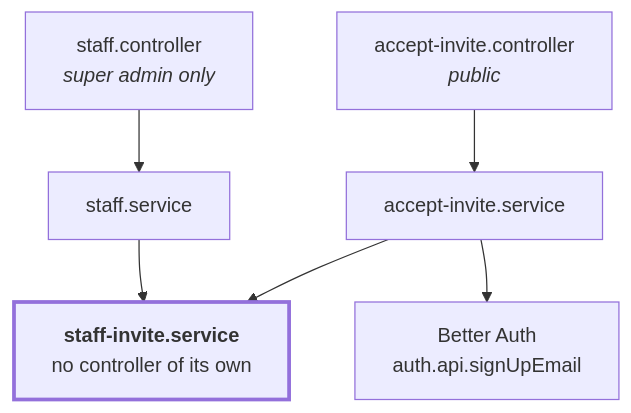
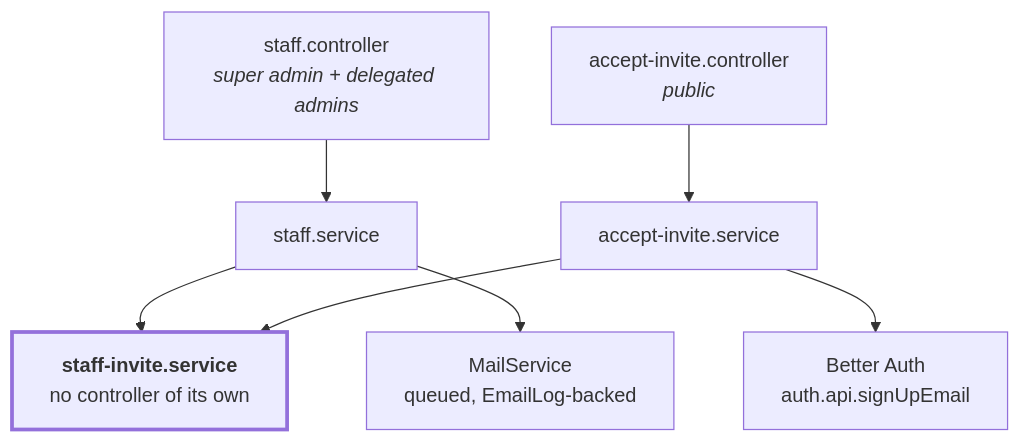
One commit to chuba-cn/koru changed the first of 11 diagrams in docs/architecture/staff-invitations.md. Above: the diagram before and after it, drawn with Mermaid. The commit also changed other lines of this file and 19 other files, not shown here.

````diff
--- a/docs/architecture/staff-invitations.md
+++ b/docs/architecture/staff-invitations.md
@@ -23,17 +25,19 @@
 ```mermaid
 graph TB
-    SC["staff.controller<br/><i>super admin only</i>"]
+    SC["staff.controller<br/><i>super admin + delegated admins</i>"]
     AC["accept-invite.controller<br/><i>public</i>"]
     SS["staff.service"]
     AS["accept-invite.service"]
     IS["<b>staff-invite.service</b><br/>no controller of its own"]
     BA["Better Auth<br/>auth.api.signUpEmail"]
+    MS["MailService<br/>queued, EmailLog-backed"]
 
     SC --> SS
     AC --> AS
     SS --> IS
+    SS --> MS
     AS --> IS
     AS --> BA
 
     style IS stroke-width:3px
 ```
````
